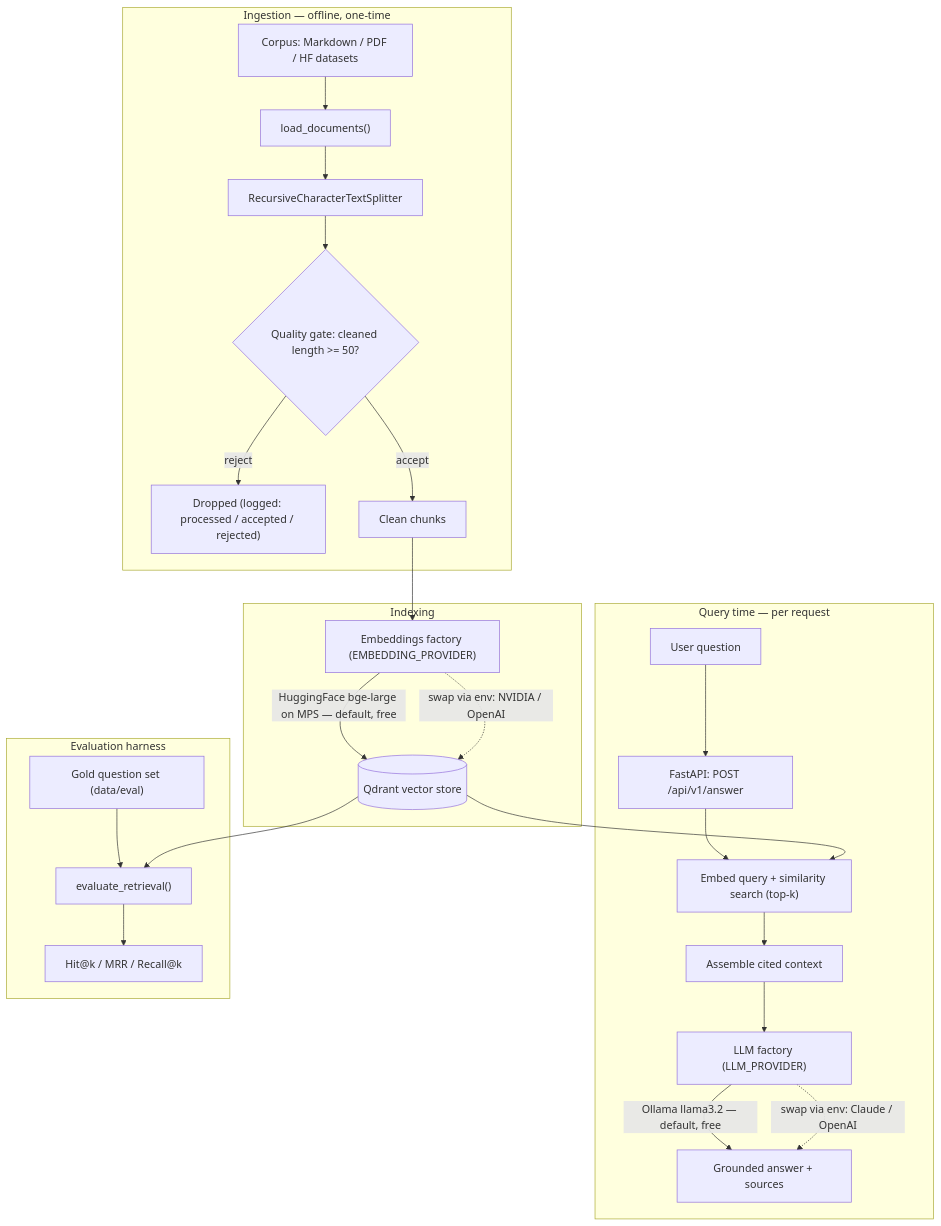
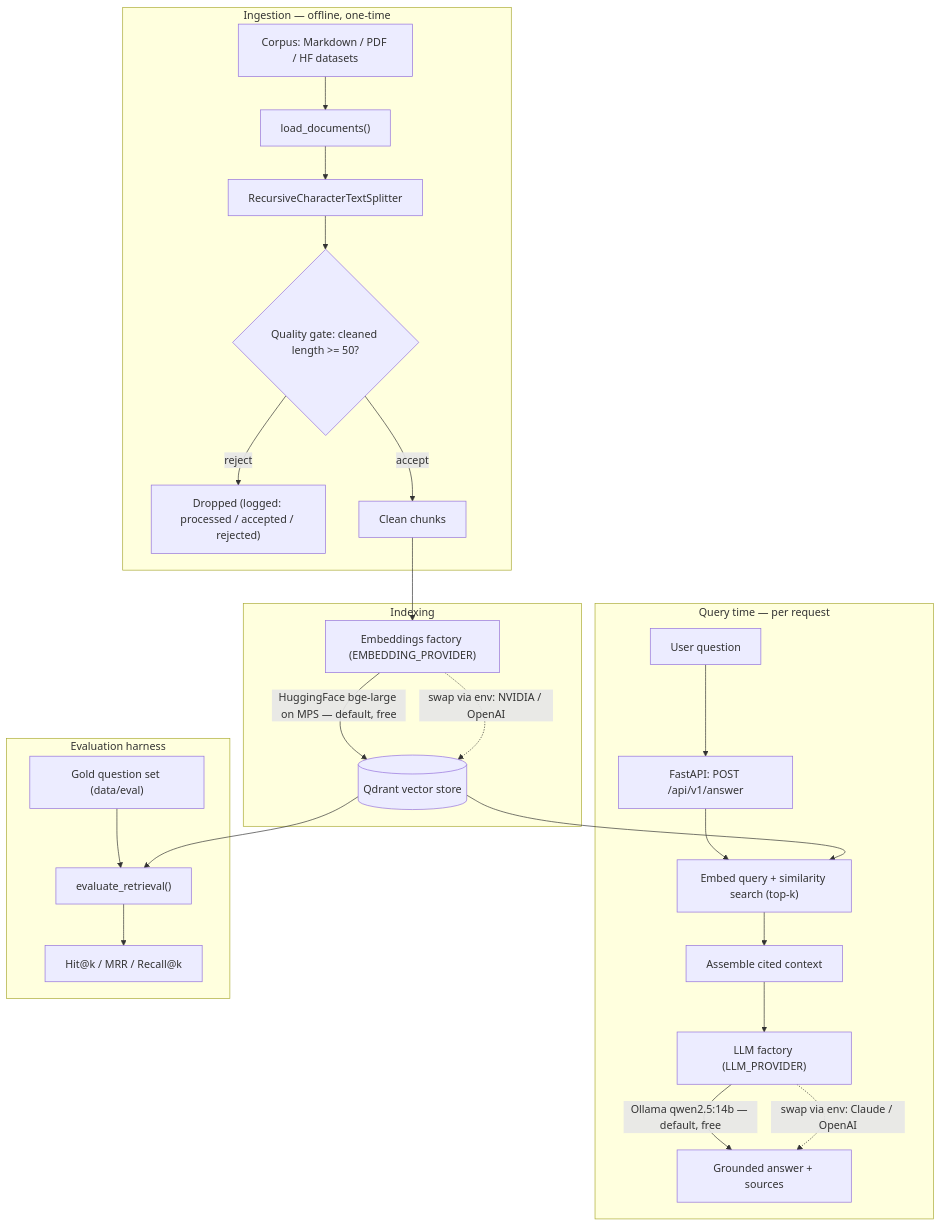
The first of 2 diagrams in docs/architecture.md (ssuresh808/llm-inference-rag), drawn with Mermaid before and after one commit. The commit also changed other lines of this file and 1 other file, not shown here.

Commit message:
docs: align architecture + ADR-006 with qwen2.5:14b default

````diff
--- a/docs/architecture.md
+++ b/docs/architecture.md
@@ -11,32 +11,32 @@
 ```mermaid
 flowchart TD
     subgraph INGEST["Ingestion — offline, one-time"]
         A["Corpus: Markdown / PDF / HF datasets"] --> B["load_documents()"]
         B --> C["RecursiveCharacterTextSplitter"]
         C --> D{"Quality gate: cleaned length >= 50?"}
         D -->|"reject"| X["Dropped (logged: processed / accepted / rejected)"]
         D -->|"accept"| E["Clean chunks"]
     end
 
     subgraph INDEX["Indexing"]
         E --> F["Embeddings factory (EMBEDDING_PROVIDER)"]
         F -->|"HuggingFace bge-large on MPS — default, free"| G[("Qdrant vector store")]
         F -.->|"swap via env: NVIDIA / OpenAI"| G
     end
 
     subgraph QUERY["Query time — per request"]
         Q["User question"] --> H["FastAPI: POST /api/v1/answer"]
         H --> I["Embed query + similarity search (top-k)"]
         G --> I
         I --> J["Assemble cited context"]
         J --> K["LLM factory (LLM_PROVIDER)"]
-        K -->|"Ollama llama3.2 — default, free"| L["Grounded answer + sources"]
+        K -->|"Ollama qwen2.5:14b — default, free"| L["Grounded answer + sources"]
         K -.->|"swap via env: Claude / OpenAI"| L
     end
 
     subgraph EVAL["Evaluation harness"]
         GOLD["Gold question set (data/eval)"] --> EV["evaluate_retrieval()"]
         G --> EV
         EV --> M["Hit@k / MRR / Recall@k"]
     end
 ```
````
